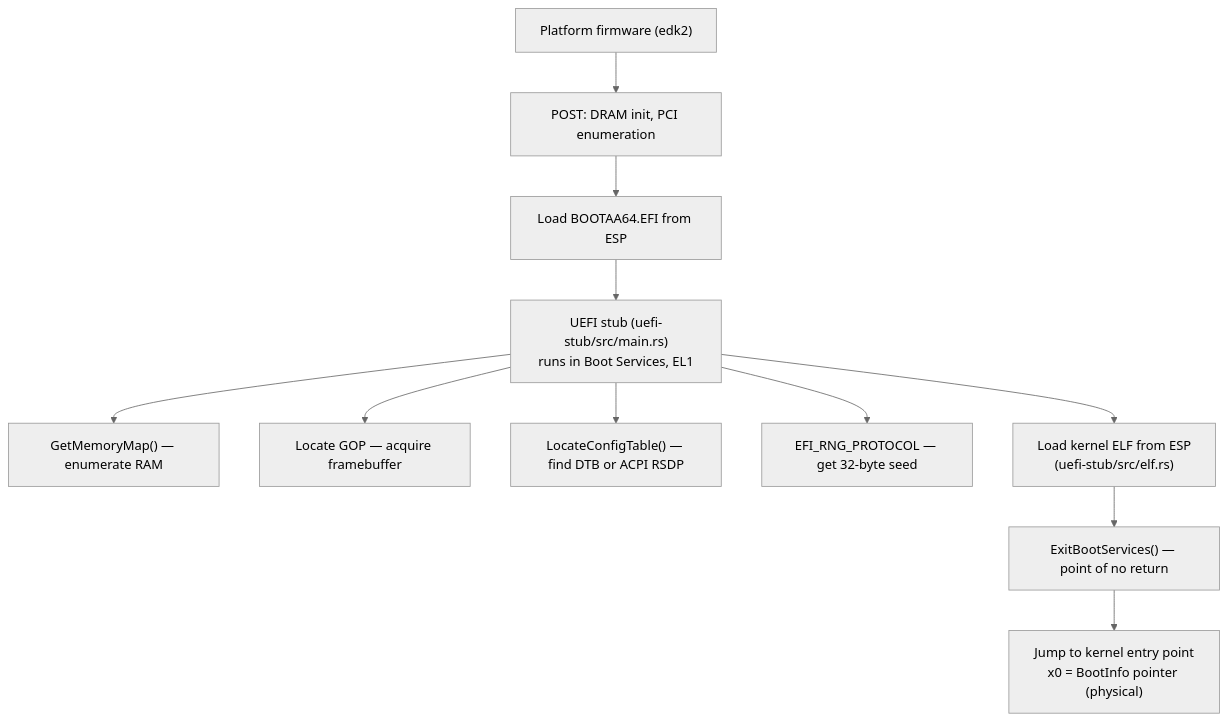
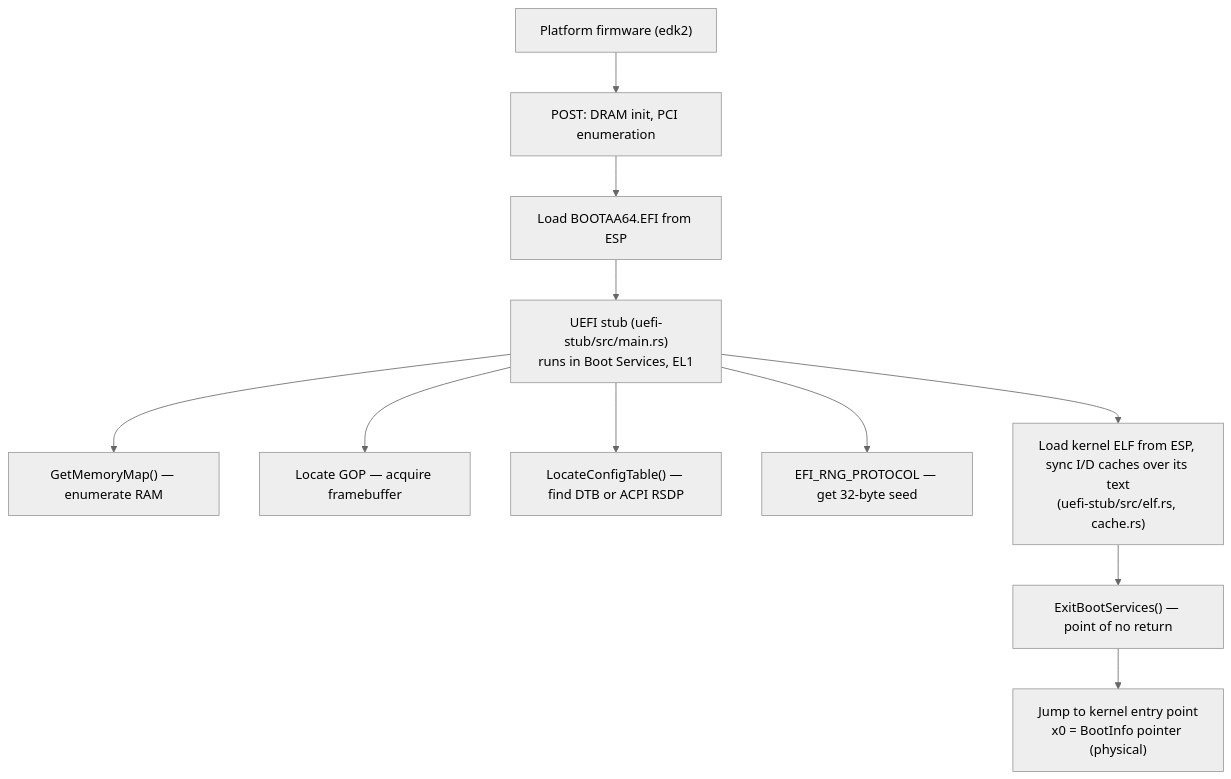
The first of 4 diagrams in docs/platform/bsp/firmware.md (juslee/aios), drawn with Mermaid (neutral theme) before and after one commit. The commit also changed other lines of this file and 4 other files, not shown here.

First line of the commit message:
Docs: record the stub's kernel-text cache sync and its PoU-only reach (#197)

````diff
--- a/docs/platform/bsp/firmware.md
+++ b/docs/platform/bsp/firmware.md
@@ -28,13 +28,13 @@
 ```mermaid
 flowchart TD
     FW["Platform firmware (edk2)"] --> POST["POST: DRAM init, PCI enumeration"]
     POST --> ESP_LOAD["Load BOOTAA64.EFI from ESP"]
     ESP_LOAD --> STUB["UEFI stub (uefi-stub/src/main.rs)<br/>runs in Boot Services, EL1"]
     STUB --> MEM["GetMemoryMap() — enumerate RAM"]
     STUB --> GOP["Locate GOP — acquire framebuffer"]
     STUB --> CFG["LocateConfigTable() — find DTB or ACPI RSDP"]
     STUB --> RNG["EFI_RNG_PROTOCOL — get 32-byte seed"]
-    STUB --> ELF["Load kernel ELF from ESP<br/>(uefi-stub/src/elf.rs)"]
+    STUB --> ELF["Load kernel ELF from ESP, sync I/D caches over its text<br/>(uefi-stub/src/elf.rs, cache.rs)"]
     ELF --> EBS["ExitBootServices() — point of no return"]
     EBS --> JUMP["Jump to kernel entry point<br/>x0 = BootInfo pointer (physical)"]
 ```
````
